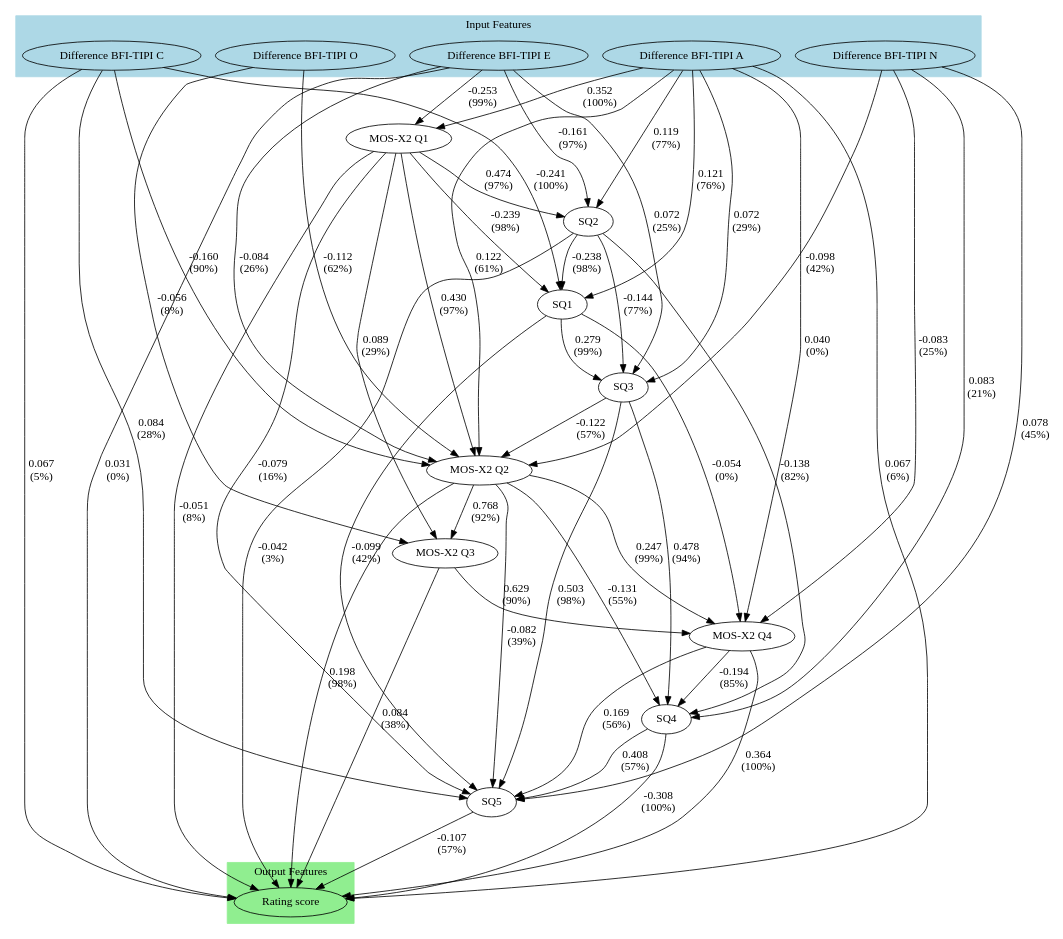
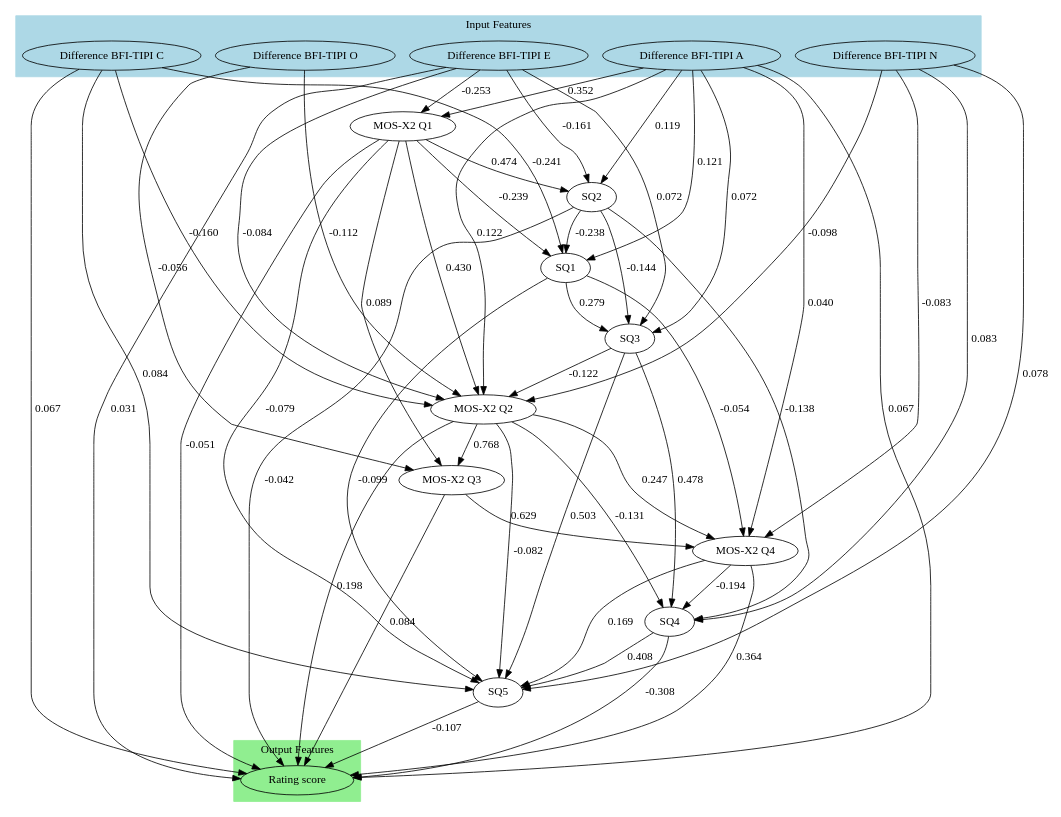
One commit to hiimmuc/Hetero-GNN-CausalDiscovery changed the diagram in Experiment3/Workspace/Models/causal_outputs/figures/causal_graphs/lingam_causal_model_direct.dot. Above: the diagram before and after it, drawn with Graphviz. The commit also changed 10 other files, not shown here.

Commit message:
fix: percentage show on direct graph

```diff
--- a/Experiment3/Workspace/Models/causal_outputs/figures/causal_graphs/lingam_causal_model_direct.dot
+++ b/Experiment3/Workspace/Models/causal_outputs/figures/causal_graphs/lingam_causal_model_direct.dot
@@ -1,84 +1,84 @@
 digraph {
 	graph [rankdir=TB splines=true]
 	node [fillcolor=white style=filled]
 	"Difference BFI-TIPI O" [label="Difference BFI-TIPI O"]
 	"Difference BFI-TIPI C" [label="Difference BFI-TIPI C"]
 	"Difference BFI-TIPI E" [label="Difference BFI-TIPI E"]
 	"Difference BFI-TIPI A" [label="Difference BFI-TIPI A"]
 	"Difference BFI-TIPI N" [label="Difference BFI-TIPI N"]
 	"MOS-X2 Q1" [label="MOS-X2 Q1"]
 	"MOS-X2 Q2" [label="MOS-X2 Q2"]
 	"MOS-X2 Q3" [label="MOS-X2 Q3"]
 	"MOS-X2 Q4" [label="MOS-X2 Q4"]
 	SQ1 [label=SQ1]
 	SQ2 [label=SQ2]
 	SQ3 [label=SQ3]
 	SQ4 [label=SQ4]
 	SQ5 [label=SQ5]
 	"Rating score" [label="Rating score"]
-	"Difference BFI-TIPI E" -> "MOS-X2 Q1" [label="-0.253\n(99%)" fontsize=14]
-	"Difference BFI-TIPI A" -> "MOS-X2 Q1" [label="0.352\n(100%)" fontsize=14]
-	"Difference BFI-TIPI O" -> "MOS-X2 Q2" [label="-0.112\n(62%)" fontsize=14]
-	"Difference BFI-TIPI C" -> "MOS-X2 Q2" [label="-0.160\n(90%)" fontsize=14]
-	"Difference BFI-TIPI E" -> "MOS-X2 Q2" [label="-0.084\n(26%)" fontsize=14]
-	"Difference BFI-TIPI A" -> "MOS-X2 Q2" [label="0.122\n(61%)" fontsize=14]
-	"Difference BFI-TIPI N" -> "MOS-X2 Q2" [label="-0.098\n(42%)" fontsize=14]
-	"MOS-X2 Q1" -> "MOS-X2 Q2" [label="0.430\n(97%)" fontsize=14]
-	SQ3 -> "MOS-X2 Q2" [label="-0.122\n(57%)" fontsize=14]
-	"Difference BFI-TIPI O" -> "MOS-X2 Q3" [label="-0.056\n(8%)" fontsize=14]
-	"MOS-X2 Q1" -> "MOS-X2 Q3" [label="0.089\n(29%)" fontsize=14]
-	"MOS-X2 Q2" -> "MOS-X2 Q3" [label="0.768\n(92%)" fontsize=14]
-	"Difference BFI-TIPI A" -> "MOS-X2 Q4" [label="0.040\n(0%)" fontsize=14]
-	"Difference BFI-TIPI N" -> "MOS-X2 Q4" [label="-0.083\n(25%)" fontsize=14]
-	"MOS-X2 Q2" -> "MOS-X2 Q4" [label="0.247\n(99%)" fontsize=14]
-	"MOS-X2 Q3" -> "MOS-X2 Q4" [label="0.629\n(90%)" fontsize=14]
-	SQ1 -> "MOS-X2 Q4" [label="-0.054\n(0%)" fontsize=14]
-	"Difference BFI-TIPI C" -> SQ1 [label="-0.241\n(100%)" fontsize=14]
-	"Difference BFI-TIPI A" -> SQ1 [label="0.121\n(76%)" fontsize=14]
-	"MOS-X2 Q1" -> SQ1 [label="-0.239\n(98%)" fontsize=14]
-	SQ2 -> SQ1 [label="-0.238\n(98%)" fontsize=14]
-	"Difference BFI-TIPI E" -> SQ2 [label="-0.161\n(97%)" fontsize=14]
-	"Difference BFI-TIPI A" -> SQ2 [label="0.119\n(77%)" fontsize=14]
-	"MOS-X2 Q1" -> SQ2 [label="0.474\n(97%)" fontsize=14]
-	"Difference BFI-TIPI E" -> SQ3 [label="0.072\n(25%)" fontsize=14]
-	"Difference BFI-TIPI A" -> SQ3 [label="0.072\n(29%)" fontsize=14]
-	SQ1 -> SQ3 [label="0.279\n(99%)" fontsize=14]
-	SQ2 -> SQ3 [label="-0.144\n(77%)" fontsize=14]
-	"Difference BFI-TIPI N" -> SQ4 [label="0.083\n(21%)" fontsize=14]
-	"MOS-X2 Q2" -> SQ4 [label="-0.131\n(55%)" fontsize=14]
-	"MOS-X2 Q4" -> SQ4 [label="-0.194\n(85%)" fontsize=14]
-	SQ2 -> SQ4 [label="-0.138\n(82%)" fontsize=14]
-	SQ3 -> SQ4 [label="0.478\n(94%)" fontsize=14]
-	"Difference BFI-TIPI C" -> SQ5 [label="0.084\n(28%)" fontsize=14]
-	"Difference BFI-TIPI N" -> SQ5 [label="0.078\n(45%)" fontsize=14]
-	"MOS-X2 Q1" -> SQ5 [label="-0.079\n(16%)" fontsize=14]
-	"MOS-X2 Q2" -> SQ5 [label="-0.082\n(39%)" fontsize=14]
-	"MOS-X2 Q4" -> SQ5 [label="0.169\n(56%)" fontsize=14]
-	SQ1 -> SQ5 [label="-0.099\n(42%)" fontsize=14]
-	SQ3 -> SQ5 [label="0.503\n(98%)" fontsize=14]
-	SQ4 -> SQ5 [label="0.408\n(57%)" fontsize=14]
-	"Difference BFI-TIPI C" -> "Rating score" [label="0.067\n(5%)" fontsize=14]
-	"Difference BFI-TIPI E" -> "Rating score" [label="0.031\n(0%)" fontsize=14]
-	"Difference BFI-TIPI A" -> "Rating score" [label="0.067\n(6%)" fontsize=14]
-	"MOS-X2 Q1" -> "Rating score" [label="-0.051\n(8%)" fontsize=14]
-	"MOS-X2 Q2" -> "Rating score" [label="0.198\n(98%)" fontsize=14]
-	"MOS-X2 Q3" -> "Rating score" [label="0.084\n(38%)" fontsize=14]
-	"MOS-X2 Q4" -> "Rating score" [label="0.364\n(100%)" fontsize=14]
-	SQ2 -> "Rating score" [label="-0.042\n(3%)" fontsize=14]
-	SQ4 -> "Rating score" [label="-0.308\n(100%)" fontsize=14]
-	SQ5 -> "Rating score" [label="-0.107\n(57%)" fontsize=14]
+	"Difference BFI-TIPI E" -> "MOS-X2 Q1" [label=-0.253 fontsize=14]
+	"Difference BFI-TIPI A" -> "MOS-X2 Q1" [label=0.352 fontsize=14]
+	"Difference BFI-TIPI O" -> "MOS-X2 Q2" [label=-0.112 fontsize=14]
+	"Difference BFI-TIPI C" -> "MOS-X2 Q2" [label=-0.160 fontsize=14]
+	"Difference BFI-TIPI E" -> "MOS-X2 Q2" [label=-0.084 fontsize=14]
+	"Difference BFI-TIPI A" -> "MOS-X2 Q2" [label=0.122 fontsize=14]
+	"Difference BFI-TIPI N" -> "MOS-X2 Q2" [label=-0.098 fontsize=14]
+	"MOS-X2 Q1" -> "MOS-X2 Q2" [label=0.430 fontsize=14]
+	SQ3 -> "MOS-X2 Q2" [label=-0.122 fontsize=14]
+	"Difference BFI-TIPI O" -> "MOS-X2 Q3" [label=-0.056 fontsize=14]
+	"MOS-X2 Q1" -> "MOS-X2 Q3" [label=0.089 fontsize=14]
+	"MOS-X2 Q2" -> "MOS-X2 Q3" [label=0.768 fontsize=14]
+	"Difference BFI-TIPI A" -> "MOS-X2 Q4" [label=0.040 fontsize=14]
+	"Difference BFI-TIPI N" -> "MOS-X2 Q4" [label=-0.083 fontsize=14]
+	"MOS-X2 Q2" -> "MOS-X2 Q4" [label=0.247 fontsize=14]
+	"MOS-X2 Q3" -> "MOS-X2 Q4" [label=0.629 fontsize=14]
+	SQ1 -> "MOS-X2 Q4" [label=-0.054 fontsize=14]
+	"Difference BFI-TIPI C" -> SQ1 [label=-0.241 fontsize=14]
+	"Difference BFI-TIPI A" -> SQ1 [label=0.121 fontsize=14]
+	"MOS-X2 Q1" -> SQ1 [label=-0.239 fontsize=14]
+	SQ2 -> SQ1 [label=-0.238 fontsize=14]
+	"Difference BFI-TIPI E" -> SQ2 [label=-0.161 fontsize=14]
+	"Difference BFI-TIPI A" -> SQ2 [label=0.119 fontsize=14]
+	"MOS-X2 Q1" -> SQ2 [label=0.474 fontsize=14]
+	"Difference BFI-TIPI E" -> SQ3 [label=0.072 fontsize=14]
+	"Difference BFI-TIPI A" -> SQ3 [label=0.072 fontsize=14]
+	SQ1 -> SQ3 [label=0.279 fontsize=14]
+	SQ2 -> SQ3 [label=-0.144 fontsize=14]
+	"Difference BFI-TIPI N" -> SQ4 [label=0.083 fontsize=14]
+	"MOS-X2 Q2" -> SQ4 [label=-0.131 fontsize=14]
+	"MOS-X2 Q4" -> SQ4 [label=-0.194 fontsize=14]
+	SQ2 -> SQ4 [label=-0.138 fontsize=14]
+	SQ3 -> SQ4 [label=0.478 fontsize=14]
+	"Difference BFI-TIPI C" -> SQ5 [label=0.084 fontsize=14]
+	"Difference BFI-TIPI N" -> SQ5 [label=0.078 fontsize=14]
+	"MOS-X2 Q1" -> SQ5 [label=-0.079 fontsize=14]
+	"MOS-X2 Q2" -> SQ5 [label=-0.082 fontsize=14]
+	"MOS-X2 Q4" -> SQ5 [label=0.169 fontsize=14]
+	SQ1 -> SQ5 [label=-0.099 fontsize=14]
+	SQ3 -> SQ5 [label=0.503 fontsize=14]
+	SQ4 -> SQ5 [label=0.408 fontsize=14]
+	"Difference BFI-TIPI C" -> "Rating score" [label=0.067 fontsize=14]
+	"Difference BFI-TIPI E" -> "Rating score" [label=0.031 fontsize=14]
+	"Difference BFI-TIPI A" -> "Rating score" [label=0.067 fontsize=14]
+	"MOS-X2 Q1" -> "Rating score" [label=-0.051 fontsize=14]
+	"MOS-X2 Q2" -> "Rating score" [label=0.198 fontsize=14]
+	"MOS-X2 Q3" -> "Rating score" [label=0.084 fontsize=14]
+	"MOS-X2 Q4" -> "Rating score" [label=0.364 fontsize=14]
+	SQ2 -> "Rating score" [label=-0.042 fontsize=14]
+	SQ4 -> "Rating score" [label=-0.308 fontsize=14]
+	SQ5 -> "Rating score" [label=-0.107 fontsize=14]
 	subgraph cluster_input {
 		rank=same
 		color=lightblue label="Input Features" style=filled
 		"Difference BFI-TIPI O" [fillcolor=lightblue style=filled]
 		"Difference BFI-TIPI C" [fillcolor=lightblue style=filled]
 		"Difference BFI-TIPI E" [fillcolor=lightblue style=filled]
 		"Difference BFI-TIPI A" [fillcolor=lightblue style=filled]
 		"Difference BFI-TIPI N" [fillcolor=lightblue style=filled]
 	}
 	subgraph cluster_output {
 		rank=same
 		color=lightgreen label="Output Features" style=filled
 		"Rating score" [fillcolor=lightgreen style=filled]
 	}
 }
```
